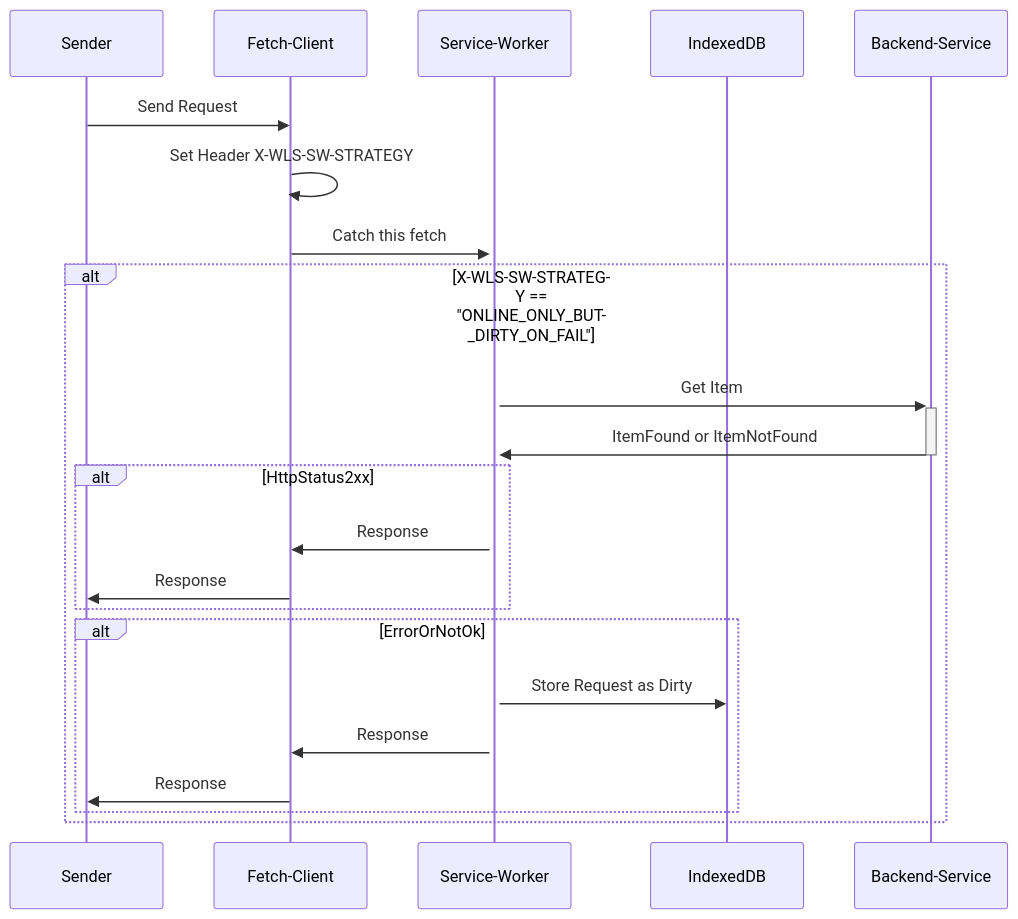
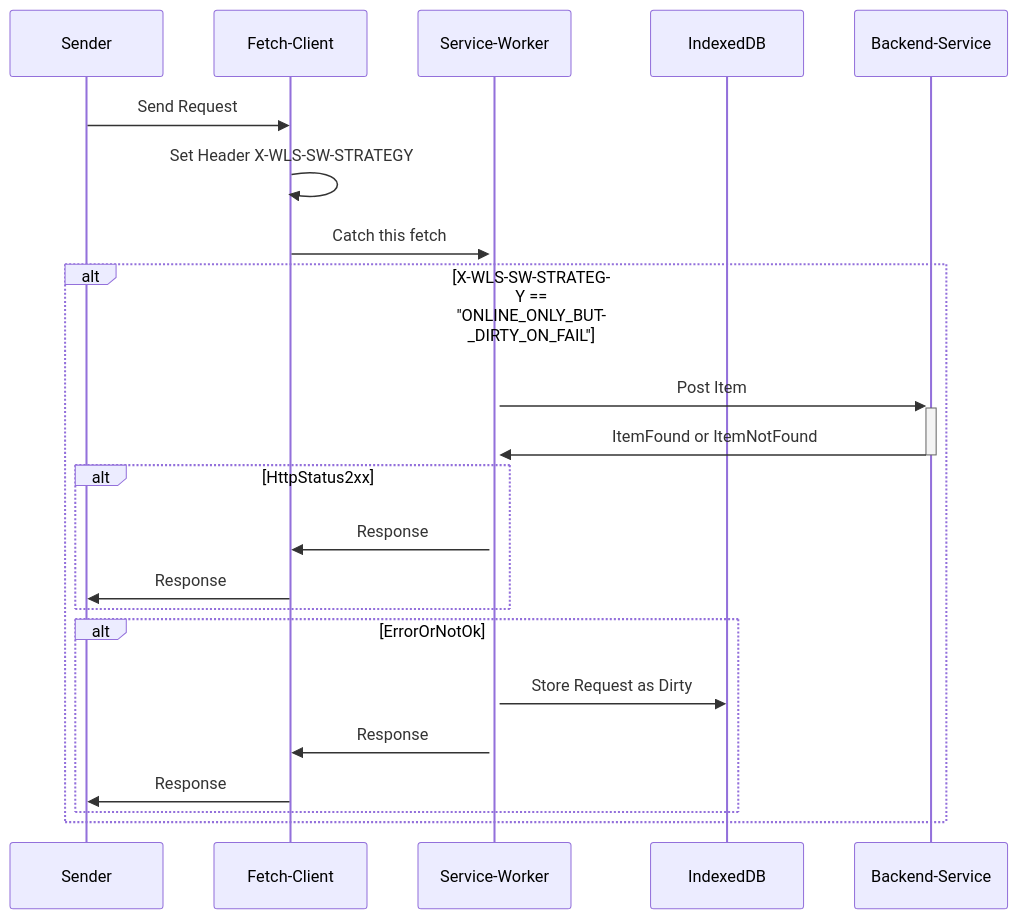
The fourth of 8 diagrams in docs/src/technik/systemspecification/frontend/offlinefaehigkeit-konzept.md (it-at-m/Wahllokalsystem), drawn with Mermaid before and after one commit.

Commit message:
👌 use post item instead of get item

````diff
--- a/docs/src/technik/systemspecification/frontend/offlinefaehigkeit-konzept.md
+++ b/docs/src/technik/systemspecification/frontend/offlinefaehigkeit-konzept.md
@@ -203,25 +203,25 @@
 ```mermaid
 sequenceDiagram
     participant sender as Sender
     participant fc as Fetch-Client
     participant sw as Service-Worker
     participant idb as IndexedDB
     participant be as Backend-Service
     
     sender->>fc: Send Request
     fc->>fc: Set Header X-WLS-SW-STRATEGY
     fc->>+sw: Catch this fetch
     alt X-WLS-SW-STRATEGY == "ONLINE_ONLY_BUT_DIRTY_ON_FAIL"
-        sw->>+be : Get Item        
+        sw->>+be : Post Item        
         be->>-sw : ItemFound or ItemNotFound
         alt HttpStatus2xx
             sw->>fc : Response
             fc->>sender: Response
         end
         alt ErrorOrNotOk
           sw->>idb : Store Request as Dirty
           sw->>fc : Response
           fc->>sender: Response
         end
     end    
 ```
````
